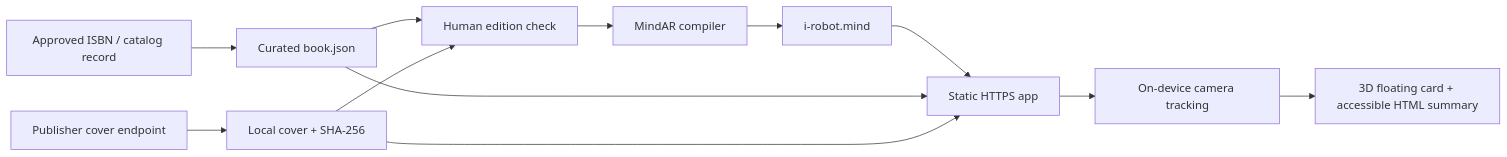
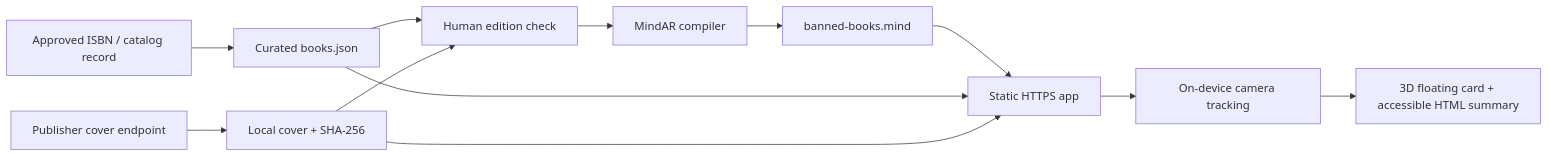
Before and after one commit to CrashPr0/Banned-Book-Week: the diagram in docs/AR_LOGIC.md, drawn with Mermaid. The commit also changed other lines of this file and 15 other files, not shown here.

````diff
--- a/docs/AR_LOGIC.md
+++ b/docs/AR_LOGIC.md
@@ -11,14 +11,14 @@
 ```mermaid
 flowchart LR
-    A[Approved ISBN / catalog record] --> B[Curated book.json]
+    A[Approved ISBN / catalog record] --> B[Curated books.json]
     C[Publisher cover endpoint] --> D[Local cover + SHA-256]
     B --> E[Human edition check]
     D --> E
     E --> F[MindAR compiler]
-    F --> G[i-robot.mind]
+    F --> G[banned-books.mind]
     G --> H[Static HTTPS app]
     B --> H
     D --> H
     H --> I[On-device camera tracking]
     I --> J[3D floating card + accessible HTML summary]
 ```
````
